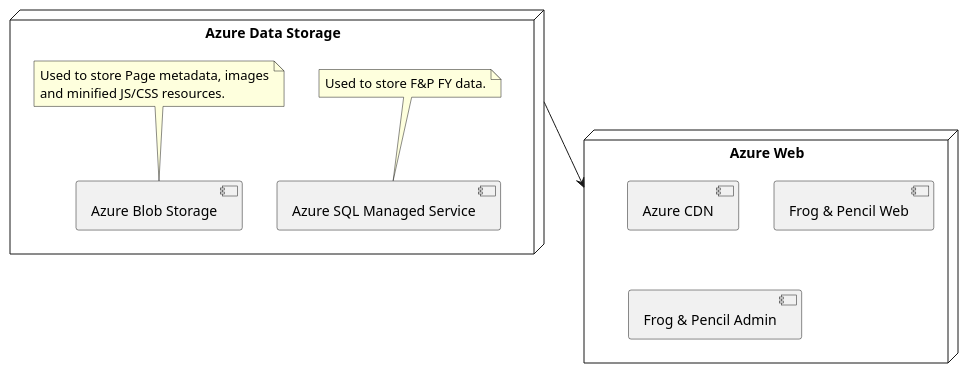
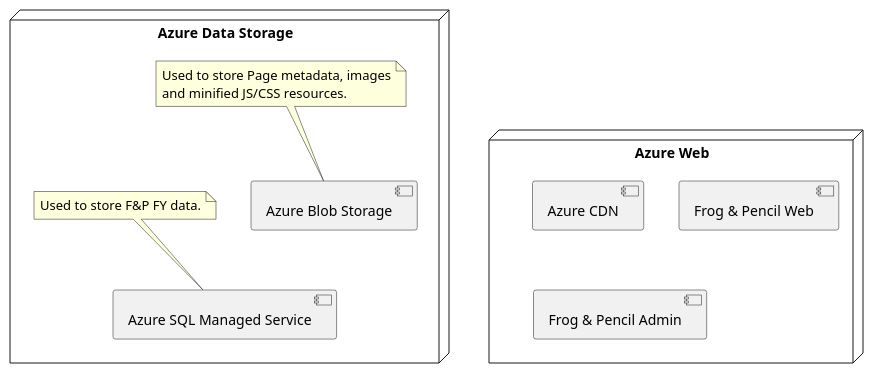
The first of 2 diagrams in obsidian-vault/🐸 Frog & Pencil/Architecture Diagram.md (bearandhammer/knowledge-vault), drawn with PlantUML before and after one commit. The commit also changed other lines of this file and 1 other file, not shown here.

````diff
--- a/obsidian-vault/🐸 Frog & Pencil/Architecture Diagram.md
+++ b/obsidian-vault/🐸 Frog & Pencil/Architecture Diagram.md
@@ -9,26 +9,26 @@
 ```plantuml
 node "Azure Data Storage" as ADS {
 [Azure Blob Storage] as ABS
 [Azure SQL Managed Service] as ASMS
 
 note top of ABS
 	Used to store Page metadata, images
 	and minified JS/CSS resources.
 end note
 
 note top of ASMS
 	Used to store F&P FY data.
 end note
 
-ABS -[hidden]> ASMS
+ABS -[hidden]d-> ASMS
 }
 
 
 node "Azure Web" as AW {
 [Azure CDN] as ACDN
 [Frog & Pencil Web] as FPW
 [Frog & Pencil Admin] as FPA
 }
 
-ADS -d-> AW
+ADS -[hidden]-> AW
 ```
````
